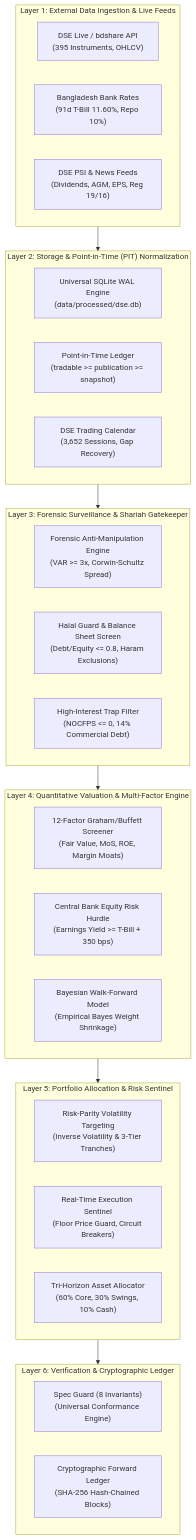
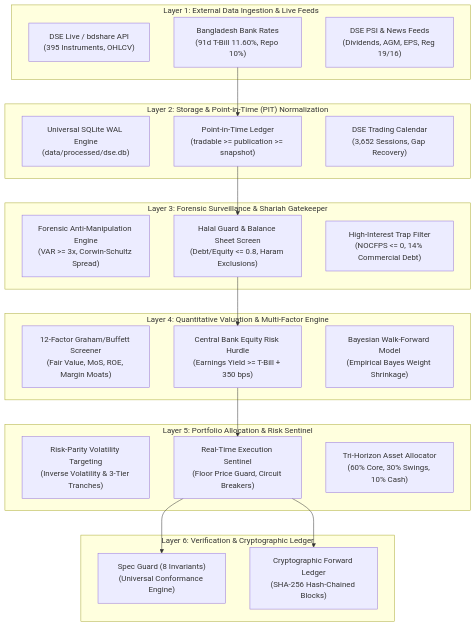
One commit to ashik1291/stock_market_expert_bd changed the diagram in README.md. Above: the diagram before and after it, drawn with Mermaid.

Commit message:
style(readme): tighten architecture layer padding via node-to-node spine connections

````diff
--- a/README.md
+++ b/README.md
@@ -41,43 +41,43 @@
 ```mermaid
 flowchart TD
     subgraph L1["Layer 1: External Data Ingestion & Live Feeds"]
         DSE["DSE Live / bdshare API<br/>(395 Instruments, OHLCV)"]
         BB["Bangladesh Bank Rates<br/>(91d T-Bill 11.60%, Repo 10%)"]
         PSI["DSE PSI & News Feeds<br/>(Dividends, AGM, EPS, Reg 19/16)"]
     end
 
     subgraph L2["Layer 2: Storage & Point-in-Time (PIT) Normalization"]
         WAL["Universal SQLite WAL Engine<br/>(data/processed/dse.db)"]
         PIT["Point-in-Time Ledger<br/>(tradable >= publication >= snapshot)"]
         CAL["DSE Trading Calendar<br/>(3,652 Sessions, Gap Recovery)"]
     end
 
     subgraph L3["Layer 3: Forensic Surveillance & Shariah Gatekeeper"]
         SURV["Forensic Anti-Manipulation Engine<br/>(VAR >= 3x, Corwin-Schultz Spread)"]
         HALAL["Halal Guard & Balance Sheet Screen<br/>(Debt/Equity <= 0.8, Haram Exclusions)"]
         DEBT["High-Interest Trap Filter<br/>(NOCFPS <= 0, 14% Commercial Debt)"]
     end
 
     subgraph L4["Layer 4: Quantitative Valuation & Multi-Factor Engine"]
         GRAHAM["12-Factor Graham/Buffett Screener<br/>(Fair Value, MoS, ROE, Margin Moats)"]
         HURDLE["Central Bank Equity Risk Hurdle<br/>(Earnings Yield >= T-Bill + 350 bps)"]
         BAYES["Bayesian Walk-Forward Model<br/>(Empirical Bayes Weight Shrinkage)"]
     end
 
     subgraph L5["Layer 5: Portfolio Allocation & Risk Sentinel"]
         PARITY["Risk-Parity Volatility Targeting<br/>(Inverse Volatility & 3-Tier Tranches)"]
         SENTINEL["Real-Time Execution Sentinel<br/>(Floor Price Guard, Circuit Breakers)"]
         HORIZON["Tri-Horizon Asset Allocator<br/>(60% Core, 30% Swings, 10% Cash)"]
     end
 
     subgraph L6["Layer 6: Verification & Cryptographic Ledger"]
         SPEC["Spec Guard (8 Invariants)<br/>(Universal Conformance Engine)"]
         LEDGER["Cryptographic Forward Ledger<br/>(SHA-256 Hash-Chained Blocks)"]
     end
 
-    L1 --> L2
-    L2 --> L3
-    L3 --> L4
-    L4 --> L5
-    L5 --> L6
+    BB --> PIT
+    PIT --> HALAL
+    HALAL --> HURDLE
+    HURDLE --> SENTINEL
+    SENTINEL --> SPEC & LEDGER
 ```
````
